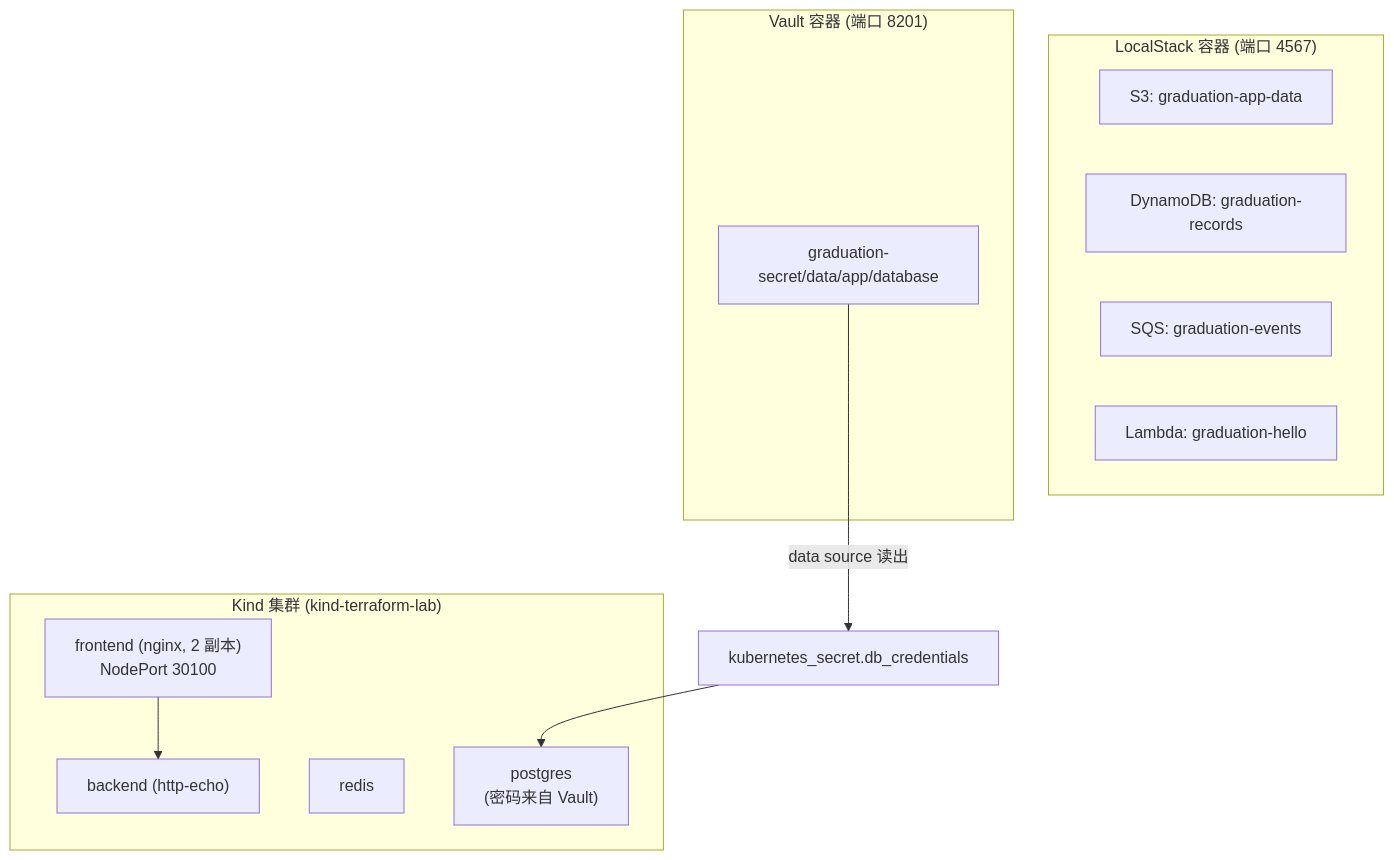
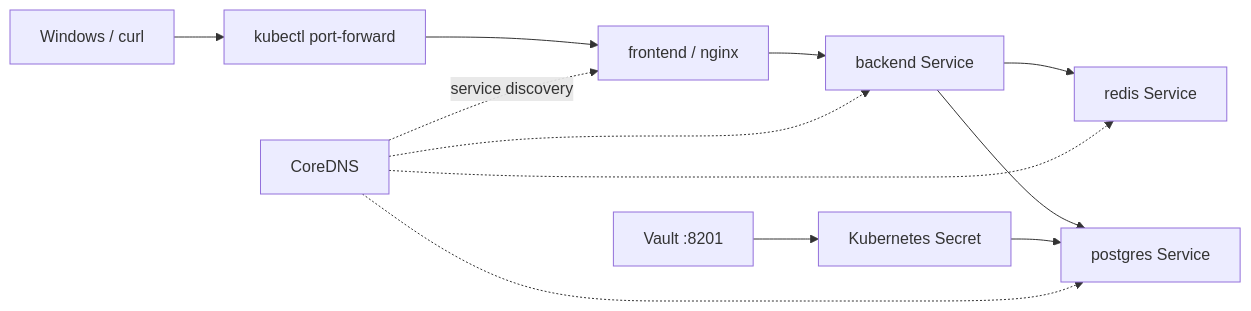
Before and after one commit to seki999/terraform-local-cloud-learning-lab: the diagram in 14-full-local-cloud/README.md, drawn with Mermaid. The commit also changed other lines of this file and 16 other files, not shown here.

First line of the commit message:
Refocus lab on real local networking

````diff
--- a/14-full-local-cloud/README.md
+++ b/14-full-local-cloud/README.md
@@ -22,24 +22,14 @@
 ```mermaid
-flowchart TB
-    subgraph Kind["Kind 集群 (kind-terraform-lab)"]
-        FE["frontend (nginx, 2 副本)\nNodePort 30100"]
-        BE["backend (http-echo)"]
-        Redis["redis"]
-        PG["postgres\n(密码来自 Vault)"]
-        FE --> BE
-    end
-
-    subgraph LS["LocalStack 容器 (端口 4567)"]
-        S3["S3: graduation-app-data"]
-        DDB["DynamoDB: graduation-records"]
-        SQS["SQS: graduation-events"]
-        Lambda["Lambda: graduation-hello"]
-    end
-
-    subgraph VaultBox["Vault 容器 (端口 8201)"]
-        Secret["graduation-secret/data/app/database"]
-    end
-
-    Secret -->|"data source 读出"| K8sSecret["kubernetes_secret.db_credentials"]
-    K8sSecret --> PG
+flowchart LR
+    User["Windows / curl"] --> PF["kubectl port-forward"]
+    PF --> FE["frontend / nginx"]
+    FE --> BE["backend Service"]
+    BE --> Redis["redis Service"]
+    BE --> PG["postgres Service"]
+    Vault["Vault :8201"] --> KS["Kubernetes Secret"]
+    KS --> PG
+    DNS["CoreDNS"] -. "service discovery" .-> FE
+    DNS -.-> BE
+    DNS -.-> Redis
+    DNS -.-> PG
 ```
````
